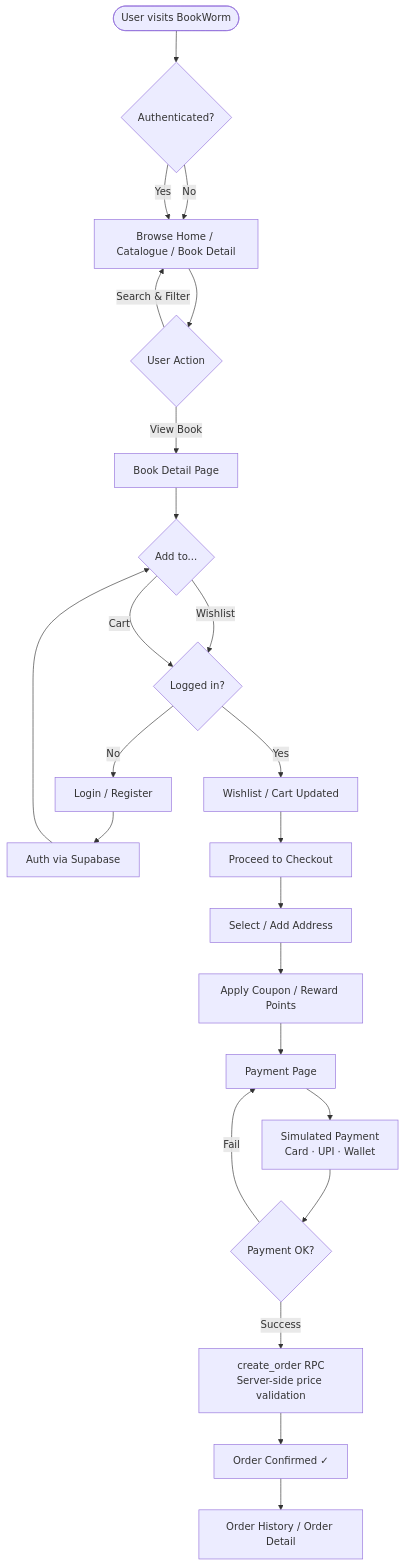
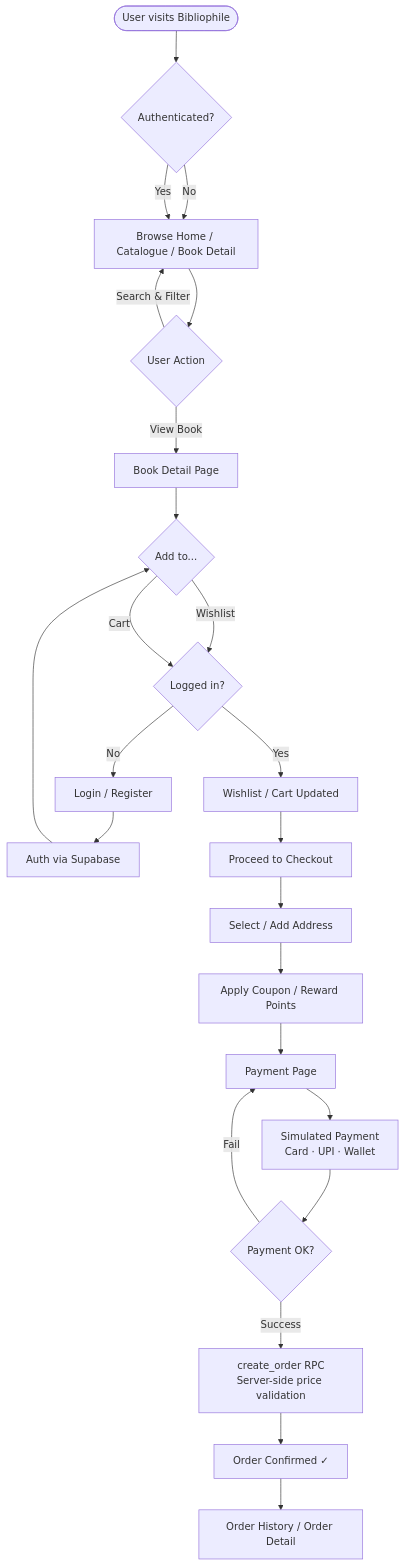
One commit to deepajaidev23-collab/E-Store-Capstone-project changed the diagram in docs/workflow-diagram.md. Above: the diagram before and after it, drawn with Mermaid. The commit also changed other lines of this file and 17 other files, not shown here.

````diff
--- a/docs/workflow-diagram.md
+++ b/docs/workflow-diagram.md
@@ -3,34 +3,34 @@
 ```mermaid
 flowchart TD
-    A([User visits BookWorm]) --> B{Authenticated?}
+    A([User visits Bibliophile]) --> B{Authenticated?}
 
     B -- No --> C[Browse Home / Catalogue / Book Detail]
     B -- Yes --> C
 
     C --> D{User Action}
 
     D -- Search & Filter --> C
     D -- View Book --> E[Book Detail Page]
 
     E --> F{Add to...}
     F -- Wishlist --> G{Logged in?}
     F -- Cart --> G
 
     G -- No --> H[Login / Register]
     H --> I[Auth via Supabase]
     I --> F
 
     G -- Yes --> J[Wishlist / Cart Updated]
 
     J --> K[Proceed to Checkout]
     K --> L[Select / Add Address]
     L --> M[Apply Coupon / Reward Points]
     M --> N[Payment Page]
     N --> O[Simulated Payment\nCard · UPI · Wallet]
     O --> P{Payment OK?}
 
     P -- Fail --> N
     P -- Success --> Q[create_order RPC\nServer-side price validation]
     Q --> R[Order Confirmed ✓]
     R --> S[Order History / Order Detail]
 ```
````
